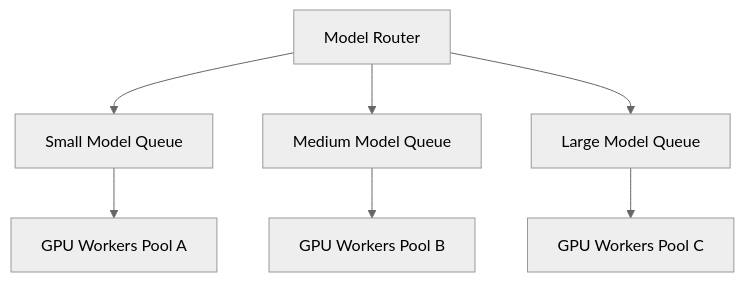
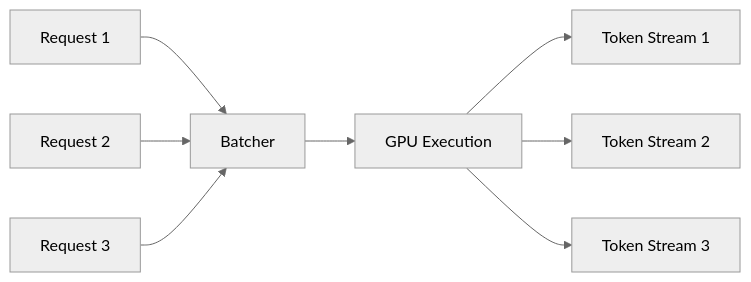
One commit to gojosatoru123-ux/CacheU changed the fourth of 11 diagrams in src/content/design-a-realtime-ai-chat-system.md. Above: the diagram before and after it, drawn with Mermaid (neutral theme). The commit also changed other lines of this file and 17 other files, not shown here.

````diff
--- a/src/content/design-a-realtime-ai-chat-system.md
+++ b/src/content/design-a-realtime-ai-chat-system.md
@@ -467,10 +509,10 @@
 ```mermaid
-flowchart TD
-    Router[Model Router] --> Q1[Small Model Queue]
-    Router --> Q2[Medium Model Queue]
-    Router --> Q3[Large Model Queue]
-
-    Q1 --> W1[GPU Workers Pool A]
-    Q2 --> W2[GPU Workers Pool B]
-    Q3 --> W3[GPU Workers Pool C]
+flowchart LR
+    R1[Request 1] --> B[Batcher]
+    R2[Request 2] --> B
+    R3[Request 3] --> B
+    B --> GPU[GPU Execution]
+    GPU --> S1[Token Stream 1]
+    GPU --> S2[Token Stream 2]
+    GPU --> S3[Token Stream 3]
 ```
````
